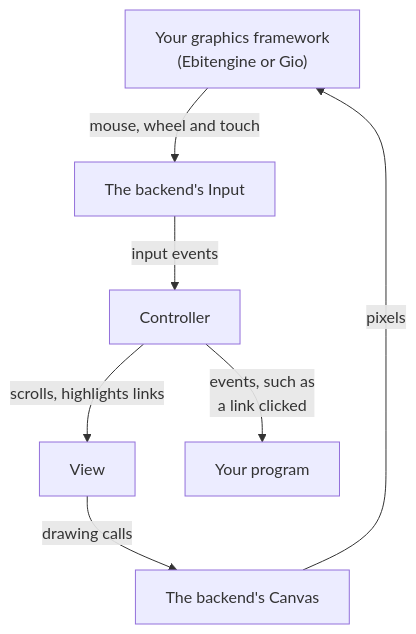
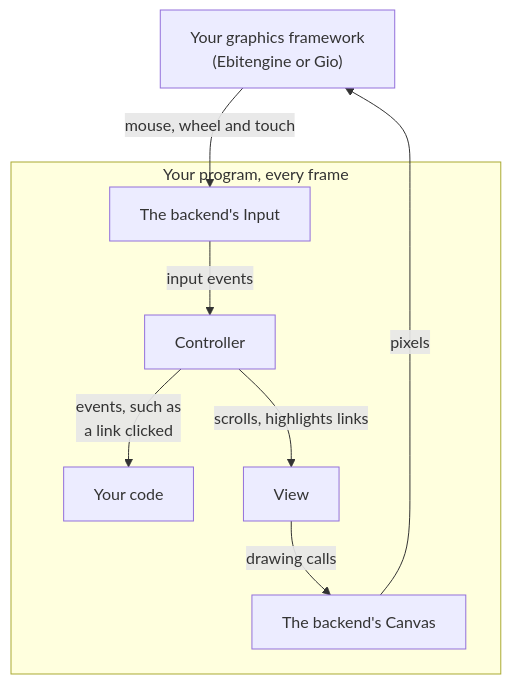
The second of 2 diagrams in README.md (arnodel/whynot), drawn with Mermaid before and after one commit. The commit also changed other lines of this file, not shown here.

Commit message:
docs: README diagrams for loading a document and for each frame

````diff
--- a/README.md
+++ b/README.md
@@ -269,15 +279,17 @@
 ```mermaid
 flowchart TB
     fw["Your graphics framework<br/>(Ebitengine or Gio)"]
-    input["The backend's Input"]
-    ctrl["Controller"]
-    view["View"]
-    canvas["The backend's Canvas"]
-    app["Your program"]
+    subgraph program["Your program, every frame"]
+        input["The backend's Input"]
+        ctrl["Controller"]
+        yours["Your code"]
+        view["View"]
+        canvas["The backend's Canvas"]
+    end
     fw -- "mouse, wheel and touch" --> input
     input -- "input events" --> ctrl
-    ctrl -- "events, such as<br/>a link clicked" --> app
+    ctrl -- "events, such as<br/>a link clicked" --> yours
     ctrl -- "scrolls, highlights links" --> view
     view -- "drawing calls" --> canvas
     canvas -- "pixels" --> fw
 ```
````
